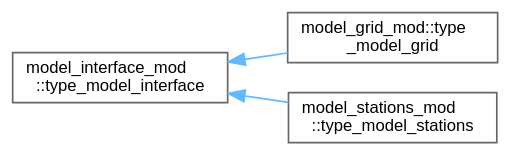
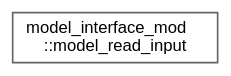
Before and after one commit to mayhl/FUNWAVE-TVD: the diagram in release/v4.0-beta/inherit_graph_25.dot, drawn with Graphviz. The commit also changed 178 other files, not shown here.

```diff
--- a/release/v4.0-beta/inherit_graph_25.dot
+++ b/release/v4.0-beta/inherit_graph_25.dot
@@ -1,13 +1,9 @@
 digraph "Graphical Class Hierarchy"
 {
  // LATEX_PDF_SIZE
   bgcolor="transparent";
   edge [fontname=Helvetica,fontsize=10,labelfontname=Helvetica,labelfontsize=10];
   node [fontname=Helvetica,fontsize=10,shape=box,height=0.2,width=0.4];
   rankdir="LR";
-  Node0 [id="Node000000",label="model_interface_mod\l::type_model_interface",height=0.2,width=0.4,color="grey40", fillcolor="white", style="filled",URL="$structmodel__interface__mod_1_1type__model__interface.html",tooltip=" "];
-  Node0 -> Node1 [id="edge4_Node000000_Node000001",dir="back",color="steelblue1",style="solid",tooltip=" "];
-  Node1 [id="Node000001",label="model_grid_mod::type\l_model_grid",height=0.2,width=0.4,color="grey40", fillcolor="white", style="filled",URL="$structmodel__grid__mod_1_1type__model__grid.html",tooltip=" "];
-  Node0 -> Node2 [id="edge5_Node000000_Node000002",dir="back",color="steelblue1",style="solid",tooltip=" "];
-  Node2 [id="Node000002",label="model_stations_mod\l::type_model_stations",height=0.2,width=0.4,color="grey40", fillcolor="white", style="filled",URL="$structmodel__stations__mod_1_1type__model__stations.html",tooltip=" "];
+  Node0 [id="Node000000",label="model_interface_mod\l::model_read_input",height=0.2,width=0.4,color="grey40", fillcolor="white", style="filled",URL="$interfacemodel__interface__mod_1_1model__read__input.html",tooltip=" "];
 }
```
